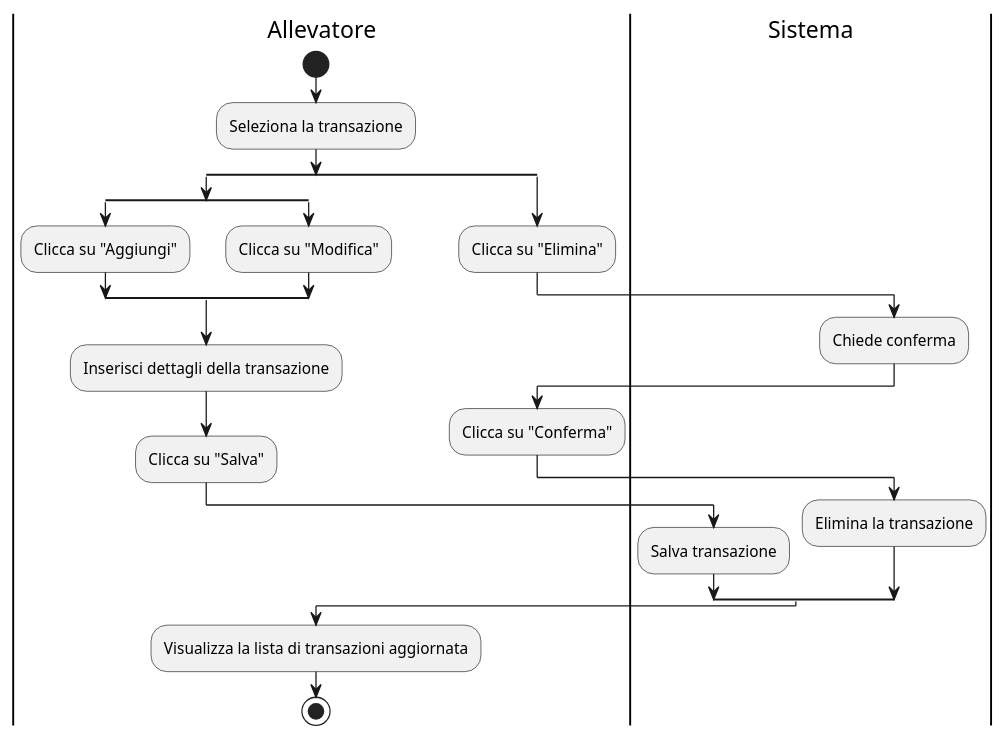
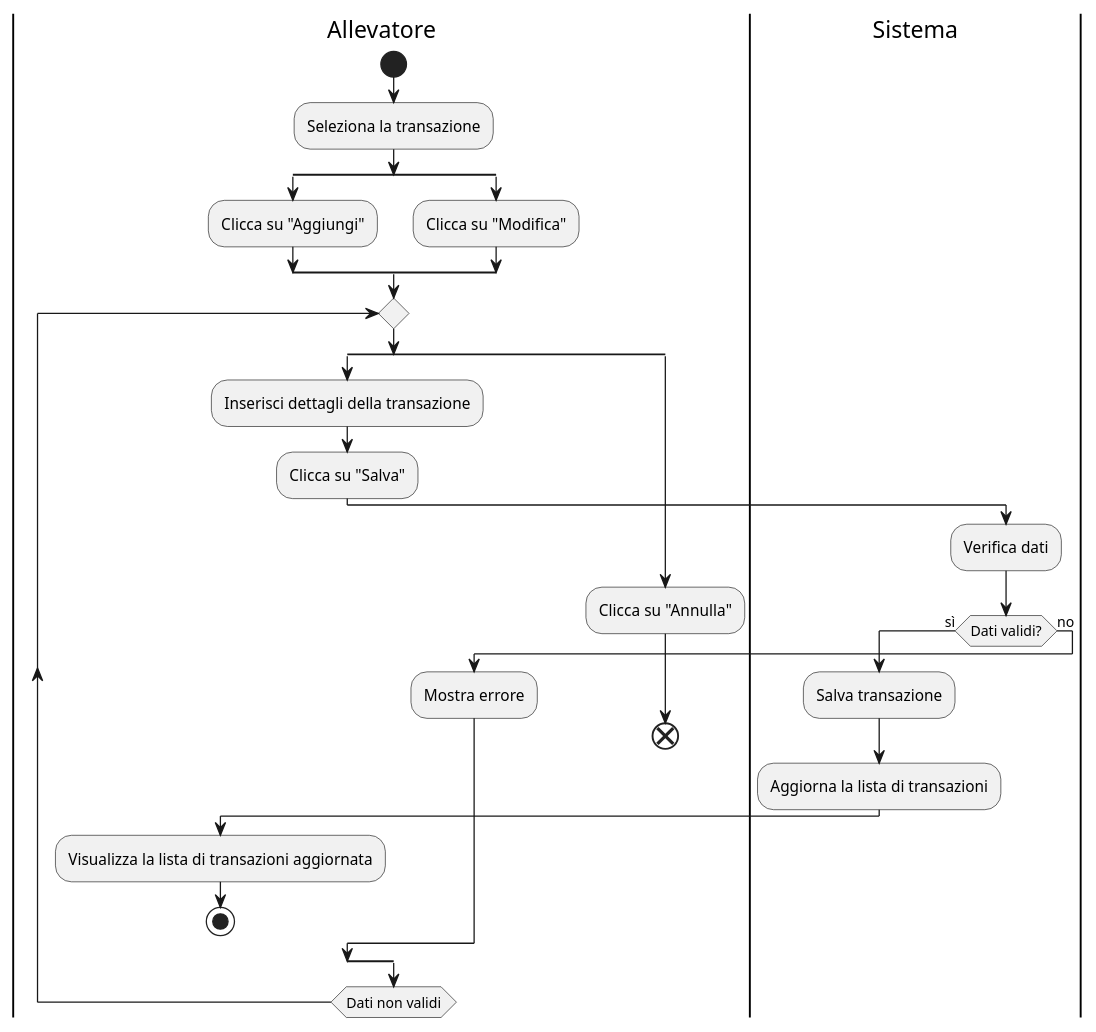
The second of 27 diagrams in docs/sezioni/usecases/2_activitydiagrams.md (cristiancundari/birdbase), drawn with PlantUML before and after one commit. The commit also changed other lines of this file and 4 other files, not shown here.

````diff
--- a/docs/sezioni/usecases/2_activitydiagrams.md
+++ b/docs/sezioni/usecases/2_activitydiagrams.md
@@ -28,32 +30,34 @@
 ```plantuml
 @startuml
-    |Allevatore|
-    start
-    :Seleziona la transazione;
+|Allevatore|
+start
+:Seleziona la transazione;
+split
+    :Clicca su "Aggiungi";
+split again
+    :Clicca su "Modifica";
+end split
+
+repeat
     split
-        split
-            :Clicca su "Aggiungi";
-        split again
-            :Clicca su "Modifica";
-        end split
         :Inserisci dettagli della transazione;
         :Clicca su "Salva";
         |Sistema|
-        :Salva transazione;
+        :Verifica dati;
+        if (Dati validi?) then (sì)
+            :Salva transazione;
+            :Aggiorna la lista di transazioni;
+            |Allevatore|
+            :Visualizza la lista di transazioni aggiornata;
+            stop
+        else (no)
+            :Mostra errore;
+        endif
     split again
-    |Allevatore|
-        :Clicca su "Elimina";
-        |Sistema|
-        :Chiede conferma;
-        |Allevatore|
-        :Clicca su "Conferma";
-        |Sistema|
-        :Elimina la transazione;
+        :Clicca su "Annulla";
+        label sp_lab0
+        end
     end split
-
-    |Allevatore|
-    :Visualizza la lista di transazioni aggiornata;
-
-    stop
+repeat while (Dati non validi)
 @enduml
 ```
````
